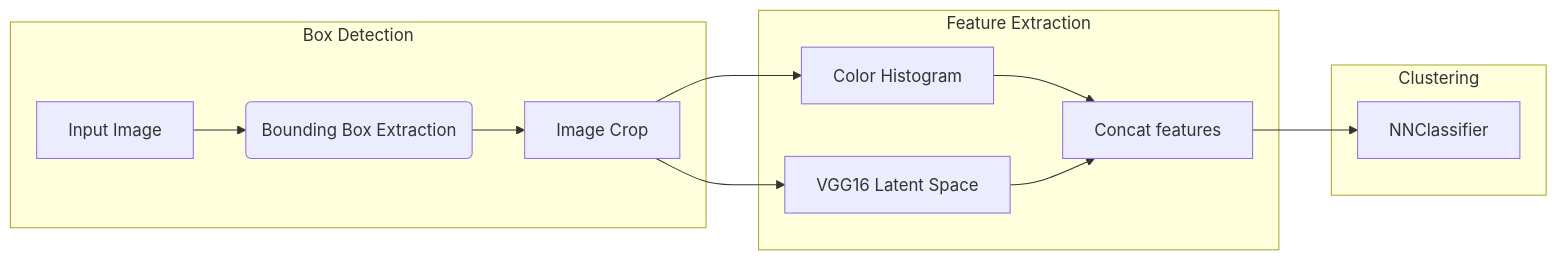
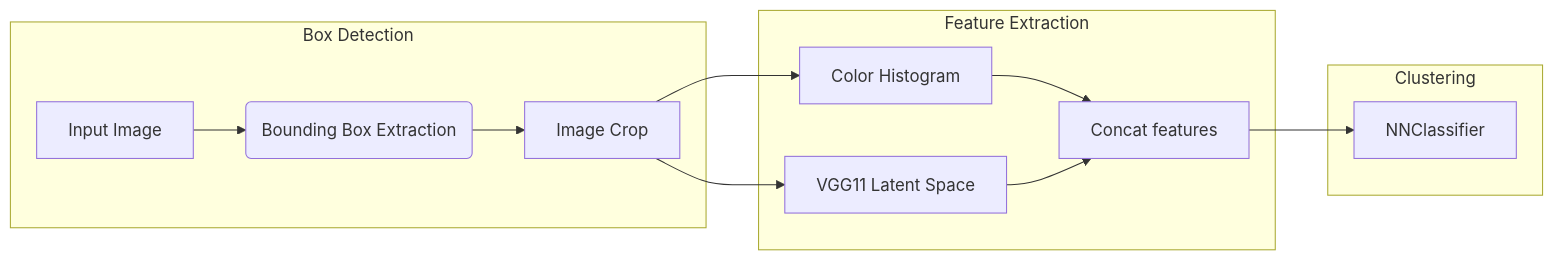
Before and after one commit to MT2321/ImageProcessingFinalProject: the first of 2 diagrams in README.md, drawn with Mermaid.

````diff
--- a/README.md
+++ b/README.md
@@ -11,20 +11,20 @@
 ```mermaid
 graph LR
 
 subgraph Box Detection
     A[Input Image] --> B(Bounding Box Extraction)
     B-->C[Image Crop]
 end
 
 C-->F
 C-->G
 subgraph Clustering
     D[NNClassifier]
 end
 
 subgraph Feature Extraction
 F[Color Histogram] --> X
-G[VGG16 Latent Space] -->X
+G[VGG11 Latent Space] -->X
 X[Concat features]-->D
 end
 ```
````
